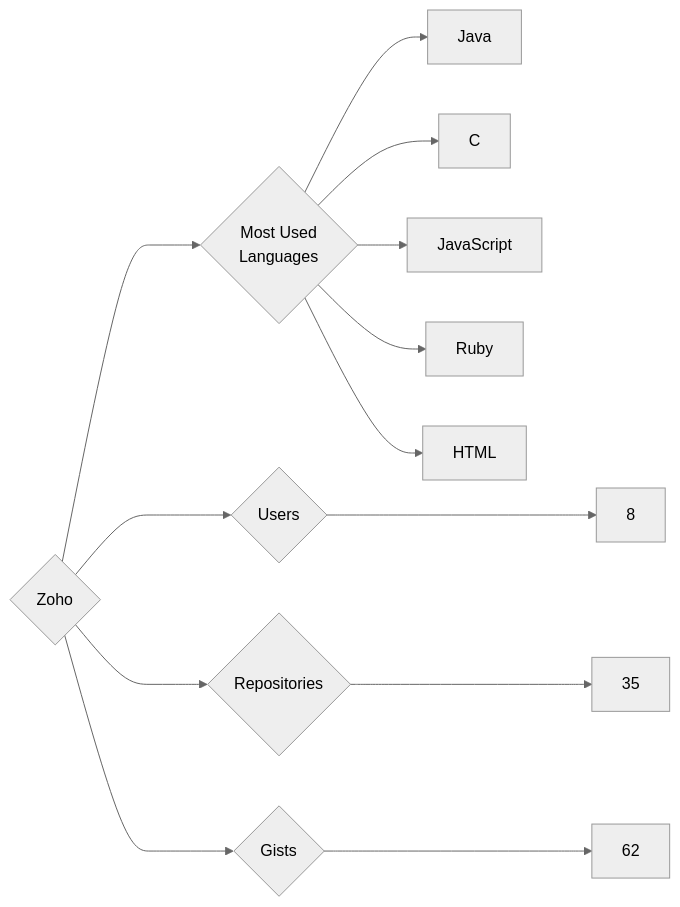
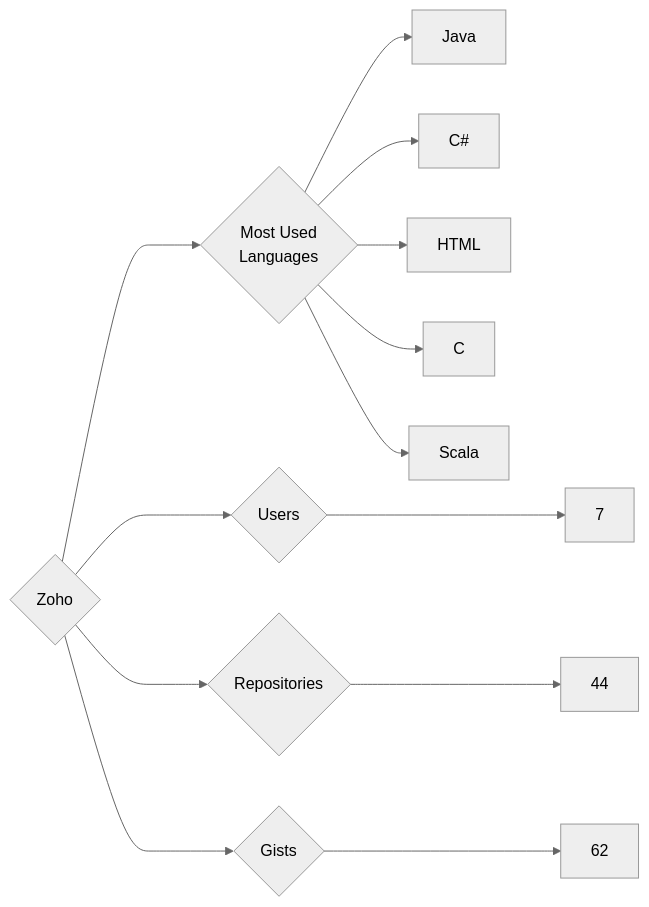
Before and after one commit to trickest/insiders: the diagram in targets/Zoho/README.md, drawn with Mermaid (neutral theme). The commit also changed 1496 other files, not shown here.

````diff
--- a/targets/Zoho/README.md
+++ b/targets/Zoho/README.md
@@ -3,13 +3,13 @@
 ```mermaid
 graph LR
 COMPANY_NAME{Zoho}
-COMPANY_NAME ---> U{Users} ---> UN[8]
-COMPANY_NAME ---> R{Repositories} ---> RN[35]
+COMPANY_NAME ---> U{Users} ---> UN[7]
+COMPANY_NAME ---> R{Repositories} ---> RN[44]
 COMPANY_NAME ---> G{Gists} ---> GN[62]
 COMPANY_NAME ---> ML{Most Used<br>Languages}
 ML --> Java[Java]
+ML --> C#[C#]
+ML --> HTML[HTML]
 ML --> C[C]
-ML --> JavaScript[JavaScript]
-ML --> Ruby[Ruby]
-ML --> HTML[HTML]
+ML --> Scala[Scala]
 ```
````
